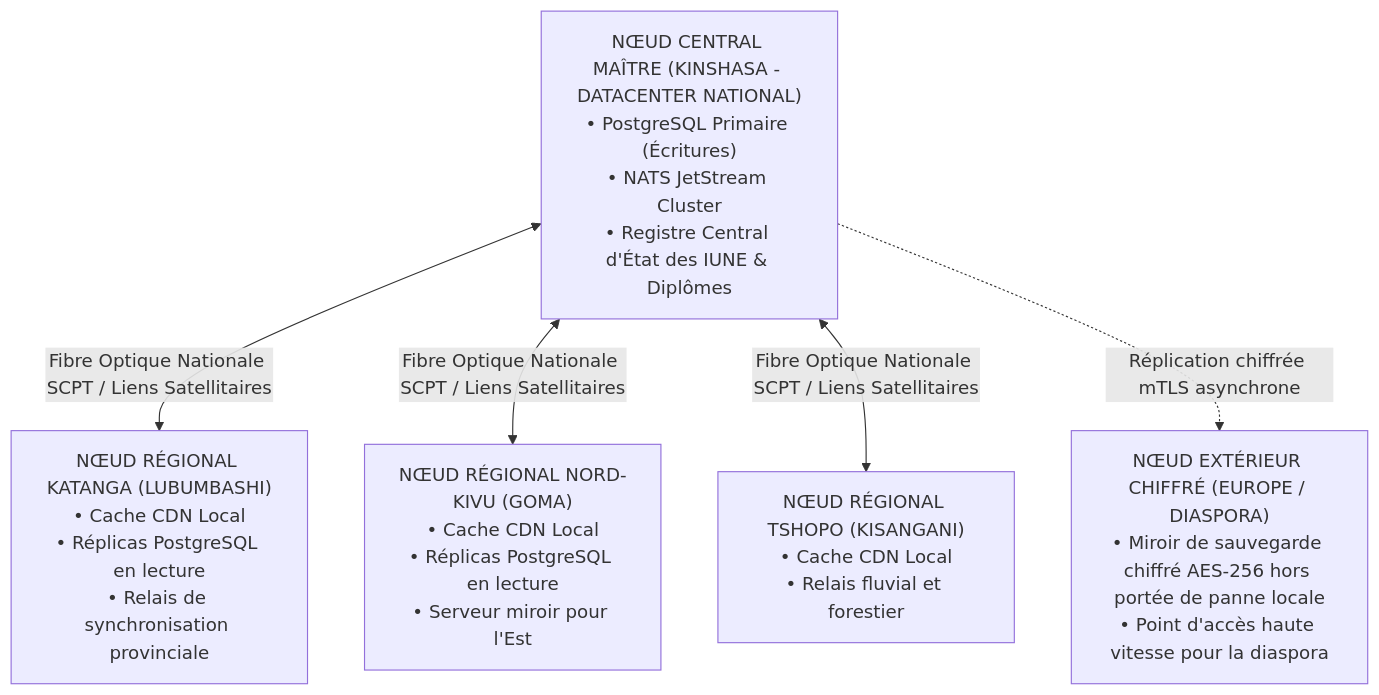
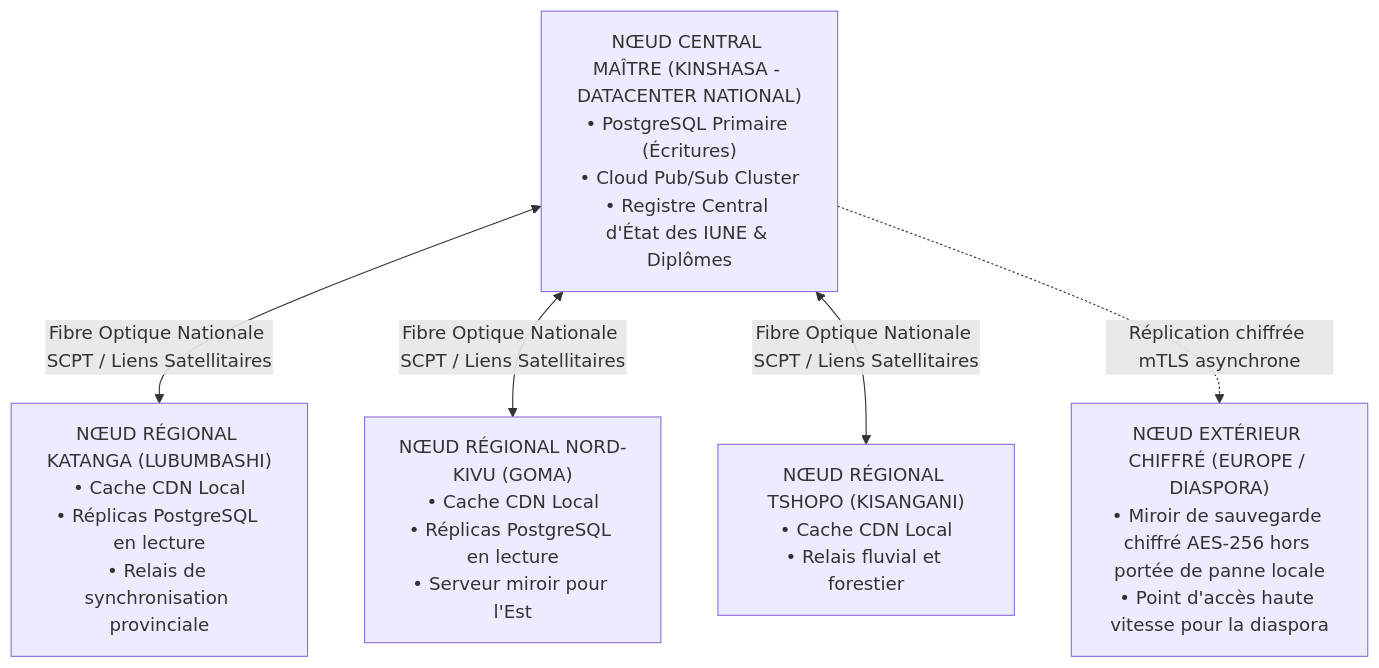
The diagram in tome-7/118/README.md (Adolphechris/clenel-elysium), drawn with Mermaid before and after one commit. The commit also changed other lines of this file and 39 other files, not shown here.

````diff
--- a/tome-7/118/README.md
+++ b/tome-7/118/README.md
@@ -20,17 +20,17 @@
 ```mermaid
 graph TD
-    NATIONAL["NŒUD CENTRAL MAÎTRE (KINSHASA - DATACENTER NATIONAL)\n• PostgreSQL Primaire (Écritures)\n• NATS JetStream Cluster\n• Registre Central d'État des IUNE & Diplômes"]
+    NATIONAL["NŒUD CENTRAL MAÎTRE (KINSHASA - DATACENTER NATIONAL)\n• PostgreSQL Primaire (Écritures)\n• Cloud Pub/Sub Cluster\n• Registre Central d'État des IUNE & Diplômes"]
     
     REG_1["NŒUD RÉGIONAL KATANGA (LUBUMBASHI)\n• Cache CDN Local\n• Réplicas PostgreSQL en lecture\n• Relais de synchronisation provinciale"]
     
     REG_2["NŒUD RÉGIONAL NORD-KIVU (GOMA)\n• Cache CDN Local\n• Réplicas PostgreSQL en lecture\n• Serveur miroir pour l'Est"]
     
     REG_3["NŒUD RÉGIONAL TSHOPO (KISANGANI)\n• Cache CDN Local\n• Relais fluvial et forestier"]
 
     DIASPORA["NŒUD EXTÉRIEUR CHIFFRÉ (EUROPE / DIASPORA)\n• Miroir de sauvegarde chiffré AES-256 hors portée de panne locale\n• Point d'accès haute vitesse pour la diaspora"]
 
     NATIONAL <-->|Fibre Optique Nationale SCPT / Liens Satellitaires| REG_1
     NATIONAL <-->|Fibre Optique Nationale SCPT / Liens Satellitaires| REG_2
     NATIONAL <-->|Fibre Optique Nationale SCPT / Liens Satellitaires| REG_3
     NATIONAL -.->|Réplication chiffrée mTLS asynchrone| DIASPORA
 ```
````
